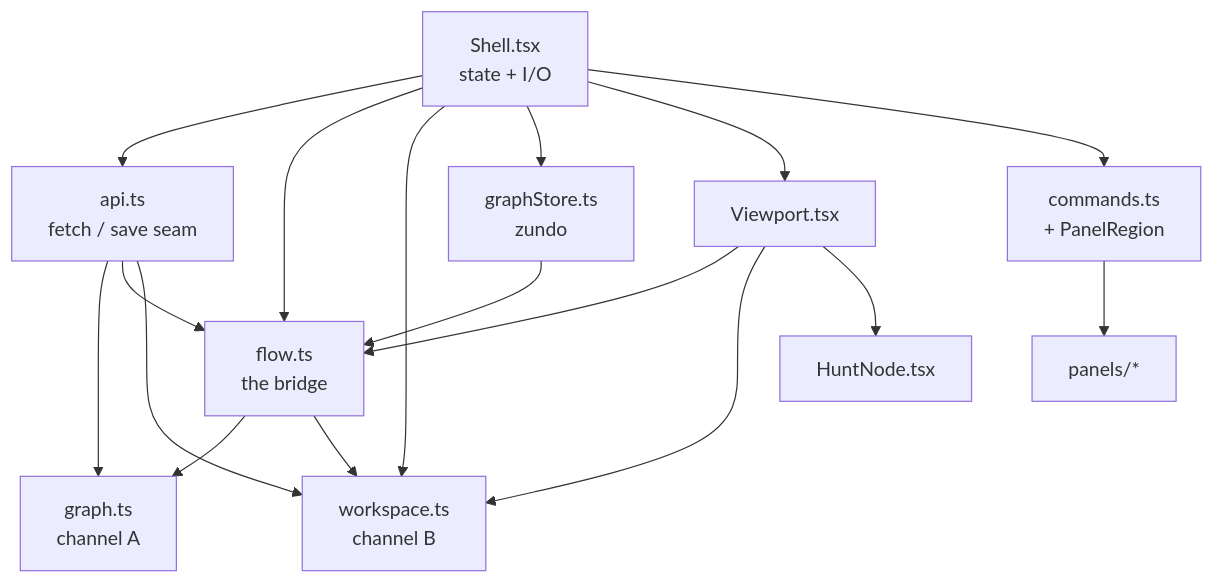
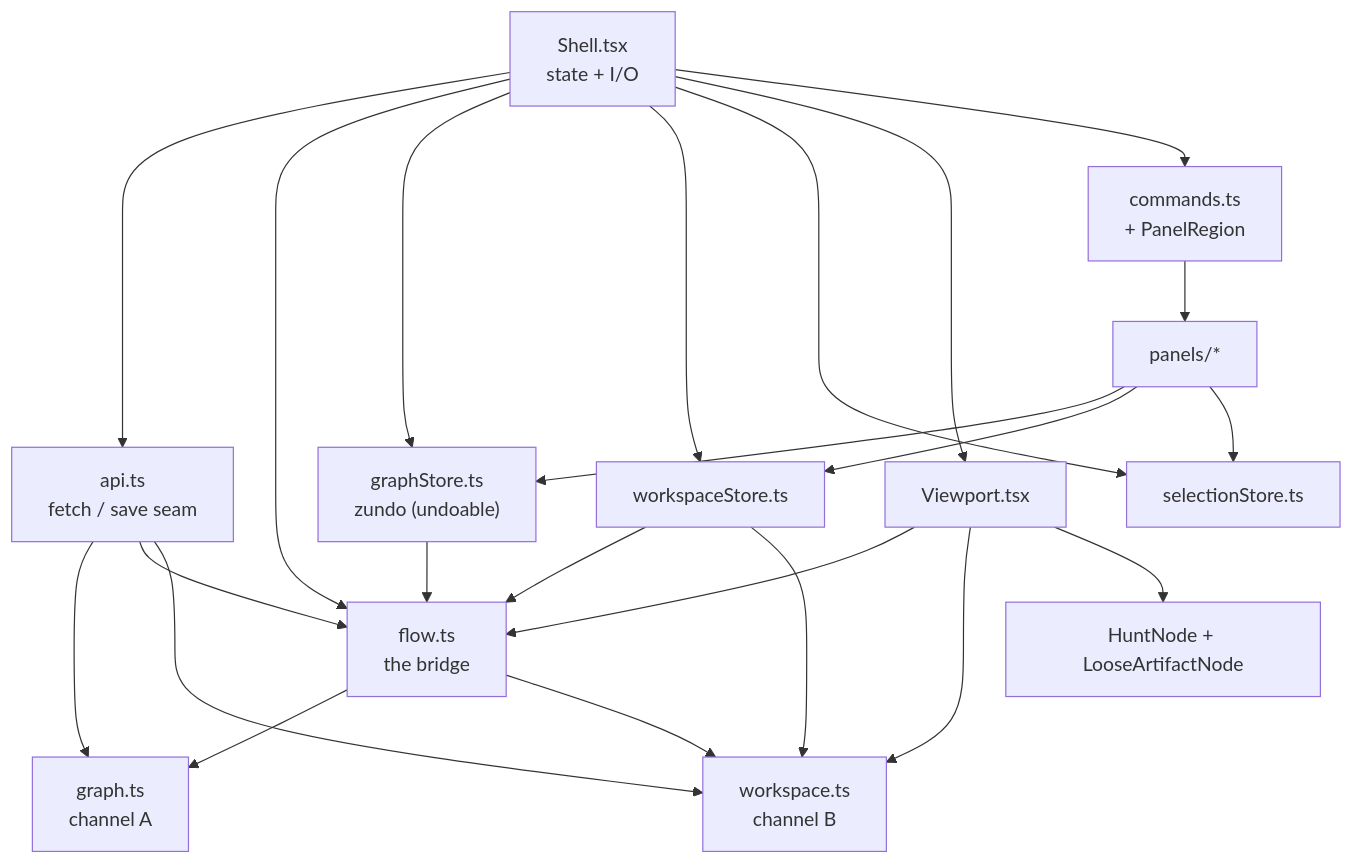
One commit to goirijo/puzzcombinator-redux changed the first of 2 diagrams in frontend/FRONTEND.md. Above: the diagram before and after it, drawn with Mermaid. The commit also changed other lines of this file and 8 other files, not shown here.

````diff
--- a/frontend/FRONTEND.md
+++ b/frontend/FRONTEND.md
@@ -222,20 +247,24 @@
 ```mermaid
 flowchart TD
     Shell["Shell.tsx<br/>state + I/O"]
     api["api.ts<br/>fetch / save seam"]
     flow["flow.ts<br/>the bridge"]
     graphDto["graph.ts<br/>channel A"]
     workspace["workspace.ts<br/>channel B"]
-    graphStore["graphStore.ts<br/>zundo"]
+    graphStore["graphStore.ts<br/>zundo (undoable)"]
+    workspaceStore["workspaceStore.ts"]
+    selectionStore["selectionStore.ts"]
     Viewport["Viewport.tsx"]
-    nodes["HuntNode.tsx"]
+    nodes["HuntNode + LooseArtifactNode"]
     commands["commands.ts<br/>+ PanelRegion"]
     panels["panels/*"]
 
-    Shell --> api & flow & workspace & graphStore & Viewport & commands
+    Shell --> api & flow & graphStore & workspaceStore & selectionStore & Viewport & commands
     api --> graphDto & flow & workspace
     flow --> graphDto & workspace
     graphStore --> flow
+    workspaceStore --> flow & workspace
     Viewport --> flow & workspace & nodes
     commands --> panels
+    panels --> graphStore & workspaceStore & selectionStore
 ```
````
